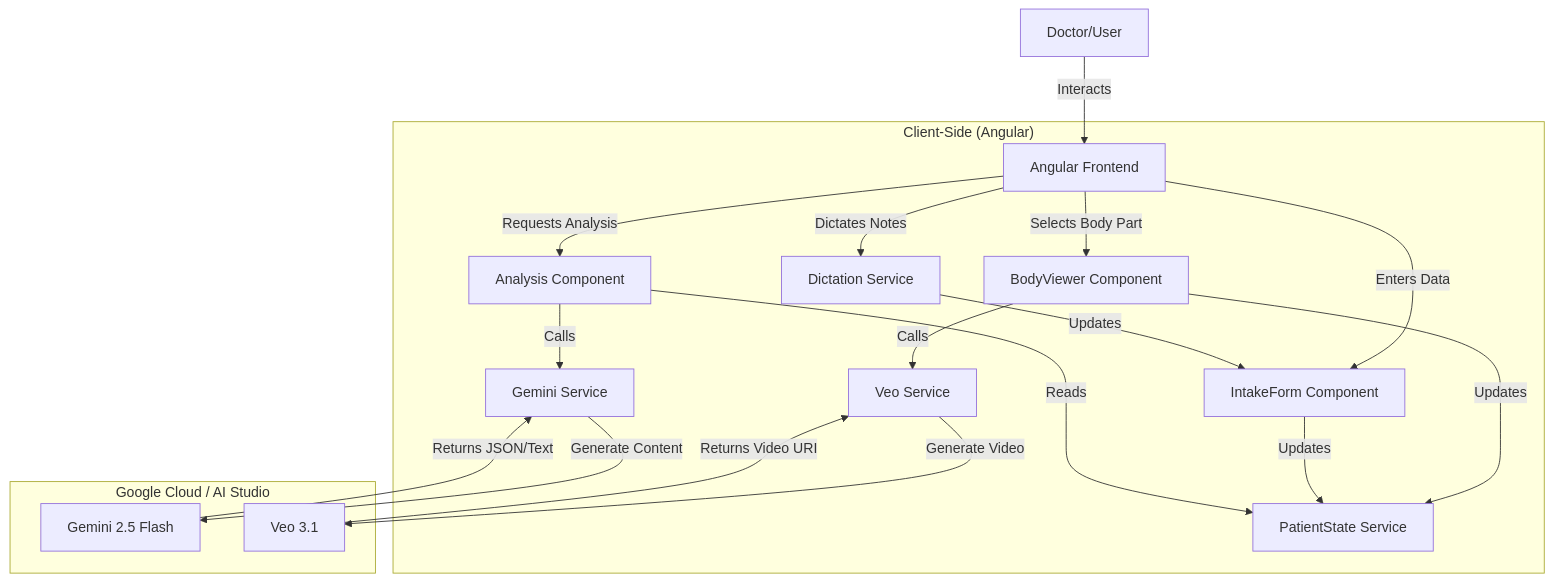
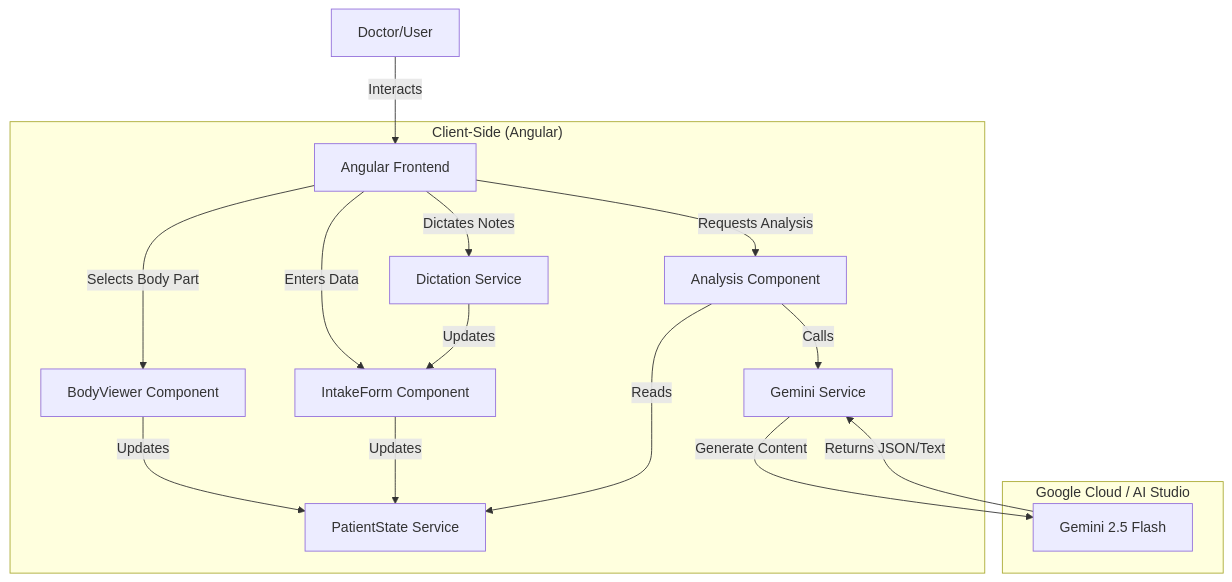
One commit to philgear/Understory changed the diagram in README.md. Above: the diagram before and after it, drawn with Mermaid. The commit also changed other lines of this file and 48 other files, not shown here.

Commit message:
feat: Introduce new patient dropdown, 3D body viewer, task flow, and voice assistant components, replacing the patient sidebar.

````diff
--- a/README.md
+++ b/README.md
@@ -34,27 +32,24 @@
 ```mermaid
 graph TD
     User[Doctor/User] -->|Interacts| UI[Angular Frontend]
     
     subgraph "Client-Side (Angular)"
         UI -->|Selects Body Part| BodyMap[BodyViewer Component]
         UI -->|Enters Data| Intake[IntakeForm Component]
         UI -->|Requests Analysis| Analysis[Analysis Component]
         UI -->|Dictates Notes| Dictation[Dictation Service]
         
         BodyMap -->|Updates| State[PatientState Service]
         Intake -->|Updates| State
         Dictation -->|Updates| Intake
         
         Analysis -->|Reads| State
         Analysis -->|Calls| GeminiSvc[Gemini Service]
-        BodyMap -->|Calls| VeoSvc[Veo Service]
     end
     
     subgraph "Google Cloud / AI Studio"
         GeminiSvc -->|Generate Content| Flash[Gemini 2.5 Flash]
-        VeoSvc -->|Generate Video| Veo[Veo 3.1]
     end
     
     Flash -->|Returns JSON/Text| GeminiSvc
-    Veo -->|Returns Video URI| VeoSvc
 ```
````
